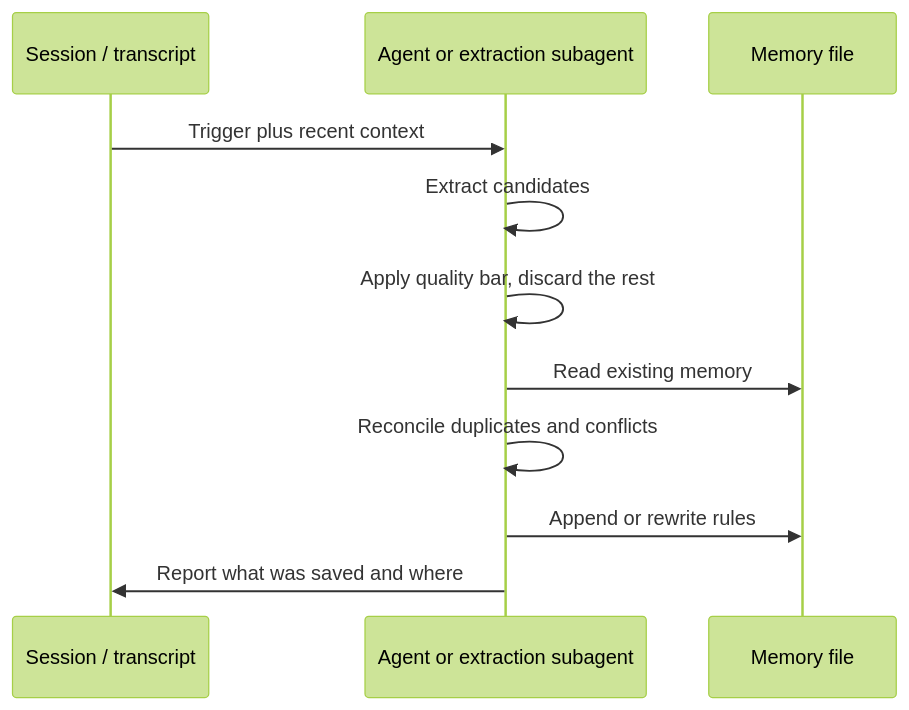
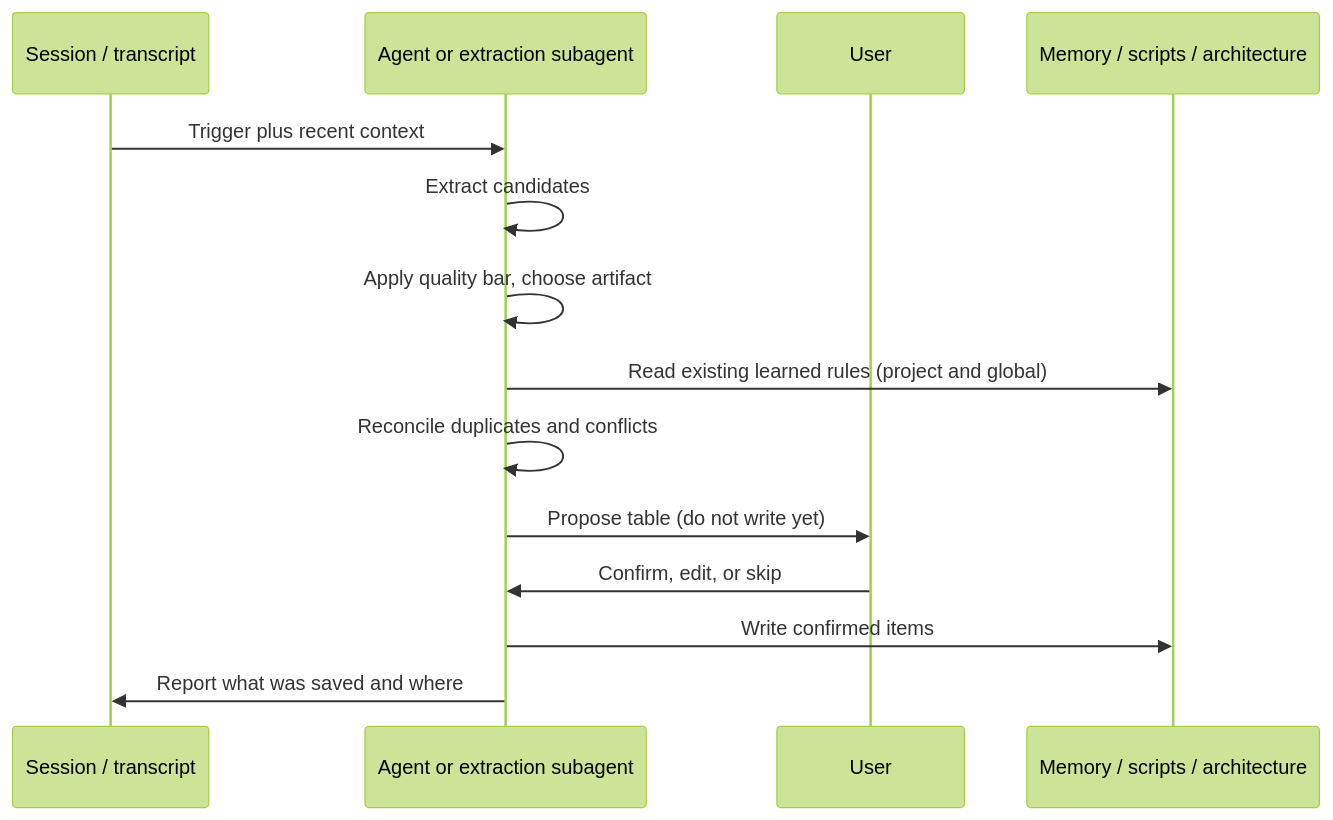
Before and after one commit to Glymr-Labs/learn-skill: the diagram in references/architecture.md, drawn with Mermaid (forest theme). The commit also changed other lines of this file and 10 other files, not shown here.

First line of the commit message:
Ship propose-first learning with prune, scripts, and harness-native memory.

````diff
--- a/references/architecture.md
+++ b/references/architecture.md
@@ -70,14 +81,17 @@
 ```mermaid
 sequenceDiagram
     participant Session as Session / transcript
     participant Agent as Agent or extraction subagent
-    participant Store as Memory file
+    participant User as User
+    participant Store as Memory / scripts / architecture
 
     Session->>Agent: Trigger plus recent context
     Agent->>Agent: Extract candidates
-    Agent->>Agent: Apply quality bar, discard the rest
-    Agent->>Store: Read existing memory
+    Agent->>Agent: Apply quality bar, choose artifact
+    Agent->>Store: Read existing learned rules (project and global)
     Agent->>Agent: Reconcile duplicates and conflicts
-    Agent->>Store: Append or rewrite rules
+    Agent->>User: Propose table (do not write yet)
+    User->>Agent: Confirm, edit, or skip
+    Agent->>Store: Write confirmed items
     Agent->>Session: Report what was saved and where
 ```
````
